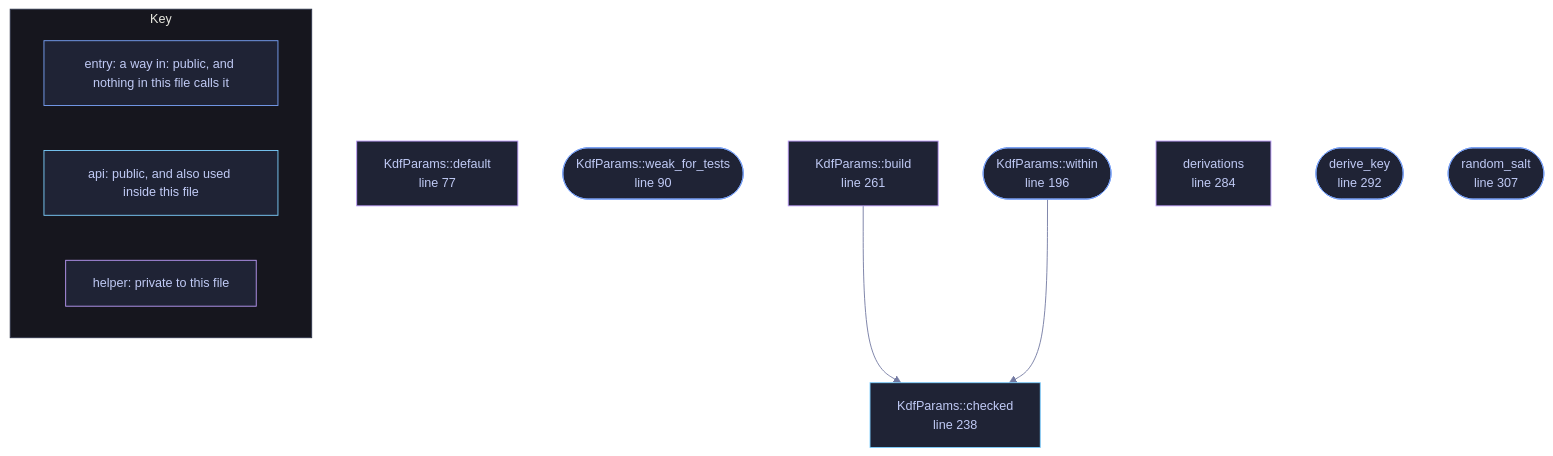
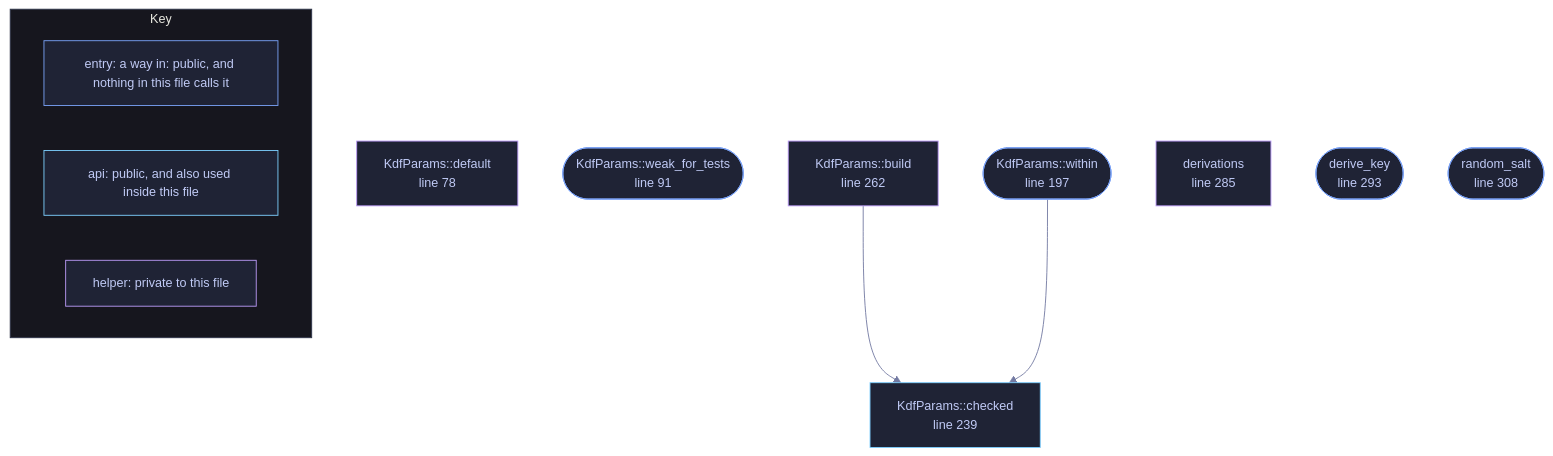
Before and after one commit to tilas01/veilvoice: the diagram in docs/files/veilvoice-crypto/kdf.md, drawn with Mermaid. The commit also changed other lines of this file and 514 other files, not shown here.

````diff
--- a/docs/files/veilvoice-crypto/kdf.md
+++ b/docs/files/veilvoice-crypto/kdf.md
@@ -114,37 +114,37 @@
 ```mermaid
 %%{init: {"theme":"base","themeVariables":{"background":"#1a1b26","primaryColor":"#1f2335","primaryTextColor":"#c0caf5","primaryBorderColor":"#7aa2f7","secondaryColor":"#16161e","tertiaryColor":"#16161e","lineColor":"#737aa2","textColor":"#c0caf5","mainBkg":"#1f2335","nodeBorder":"#7aa2f7","clusterBkg":"#16161e","clusterBorder":"#2f3549","fontFamily":"ui-monospace, SFMono-Regular, Consolas, monospace","fontSize":"14px"}}}%%
 flowchart TD
-    n_default["KdfParams::default<br/>line 77"]
-    n_weak_for_tests(["KdfParams::weak_for_tests<br/>line 90"])
-    n_within(["KdfParams::within<br/>line 196"])
-    n_checked["KdfParams::checked<br/>line 238"]
-    n_build["KdfParams::build<br/>line 261"]
-    n_derivations["derivations<br/>line 284"]
-    n_derive_key(["derive_key<br/>line 292"])
-    n_random_salt(["random_salt<br/>line 307"])
+    n_default["KdfParams::default<br/>line 78"]
+    n_weak_for_tests(["KdfParams::weak_for_tests<br/>line 91"])
+    n_within(["KdfParams::within<br/>line 197"])
+    n_checked["KdfParams::checked<br/>line 239"]
+    n_build["KdfParams::build<br/>line 262"]
+    n_derivations["derivations<br/>line 285"]
+    n_derive_key(["derive_key<br/>line 293"])
+    n_random_salt(["random_salt<br/>line 308"])
     n_build --> n_checked
     n_within --> n_checked
-    click n_default href "https://github.com/tilas01/veilvoice/blob/main/crates/veilvoice-crypto/src/kdf.rs#L77" "open the source"
-    click n_weak_for_tests href "https://github.com/tilas01/veilvoice/blob/main/crates/veilvoice-crypto/src/kdf.rs#L90" "open the source"
-    click n_within href "https://github.com/tilas01/veilvoice/blob/main/crates/veilvoice-crypto/src/kdf.rs#L196" "open the source"
-    click n_checked href "https://github.com/tilas01/veilvoice/blob/main/crates/veilvoice-crypto/src/kdf.rs#L238" "open the source"
-    click n_build href "https://github.com/tilas01/veilvoice/blob/main/crates/veilvoice-crypto/src/kdf.rs#L261" "open the source"
-    click n_derivations href "https://github.com/tilas01/veilvoice/blob/main/crates/veilvoice-crypto/src/kdf.rs#L284" "open the source"
-    click n_derive_key href "https://github.com/tilas01/veilvoice/blob/main/crates/veilvoice-crypto/src/kdf.rs#L292" "open the source"
-    click n_random_salt href "https://github.com/tilas01/veilvoice/blob/main/crates/veilvoice-crypto/src/kdf.rs#L307" "open the source"
+    click n_default href "https://github.com/tilas01/veilvoice/blob/main/crates/veilvoice-crypto/src/kdf.rs#L78" "open the source"
+    click n_weak_for_tests href "https://github.com/tilas01/veilvoice/blob/main/crates/veilvoice-crypto/src/kdf.rs#L91" "open the source"
+    click n_within href "https://github.com/tilas01/veilvoice/blob/main/crates/veilvoice-crypto/src/kdf.rs#L197" "open the source"
+    click n_checked href "https://github.com/tilas01/veilvoice/blob/main/crates/veilvoice-crypto/src/kdf.rs#L239" "open the source"
+    click n_build href "https://github.com/tilas01/veilvoice/blob/main/crates/veilvoice-crypto/src/kdf.rs#L262" "open the source"
+    click n_derivations href "https://github.com/tilas01/veilvoice/blob/main/crates/veilvoice-crypto/src/kdf.rs#L285" "open the source"
+    click n_derive_key href "https://github.com/tilas01/veilvoice/blob/main/crates/veilvoice-crypto/src/kdf.rs#L293" "open the source"
+    click n_random_salt href "https://github.com/tilas01/veilvoice/blob/main/crates/veilvoice-crypto/src/kdf.rs#L308" "open the source"
     classDef entry fill:#1f2335,stroke:#7aa2f7,color:#c0caf5
     class n_weak_for_tests,n_within,n_derive_key,n_random_salt entry
     classDef api fill:#1f2335,stroke:#7dcfff,color:#c0caf5
     class n_checked api
     classDef helper fill:#1f2335,stroke:#bb9af7,color:#c0caf5
     class n_default,n_build,n_derivations helper
     subgraph chart_key ["Key"]
         direction LR
         key_entry["entry: a way in: public, and nothing in this file calls it"]
         key_api["api: public, and also used inside this file"]
         key_helper["helper: private to this file"]
     end
     class key_entry entry
     class key_api api
     class key_helper helper
 ```
````
